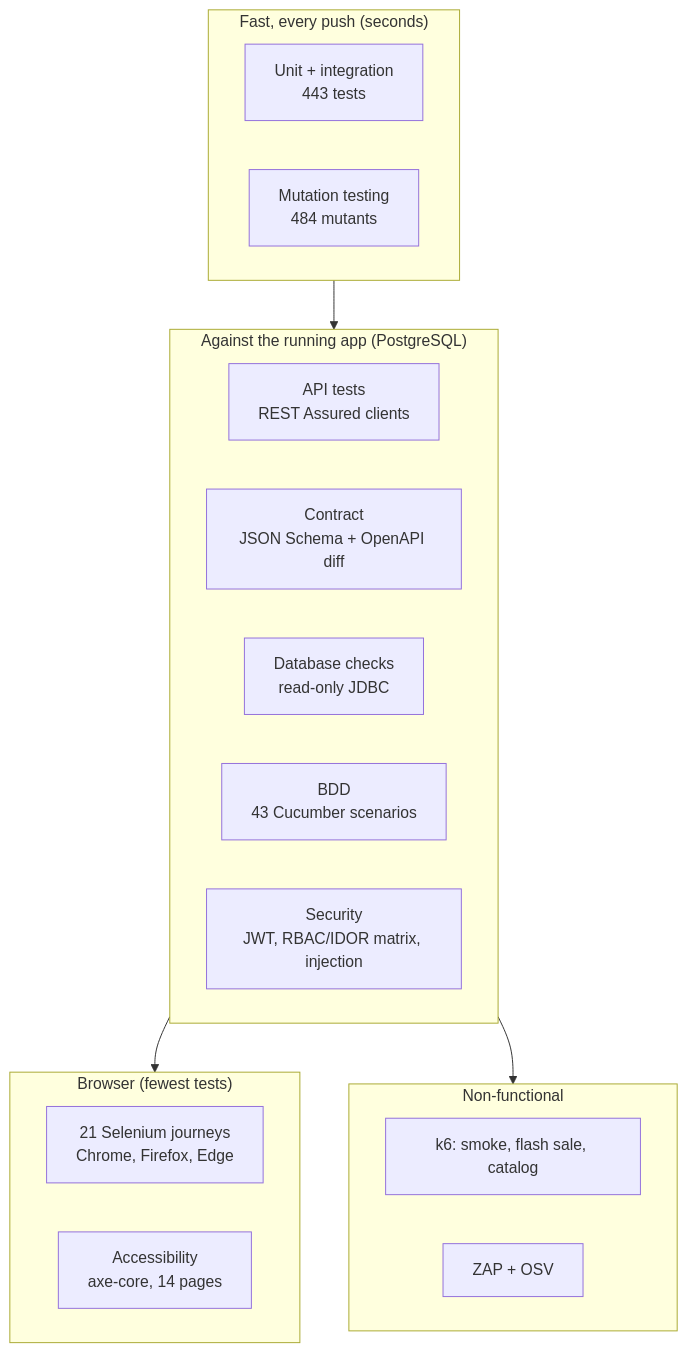
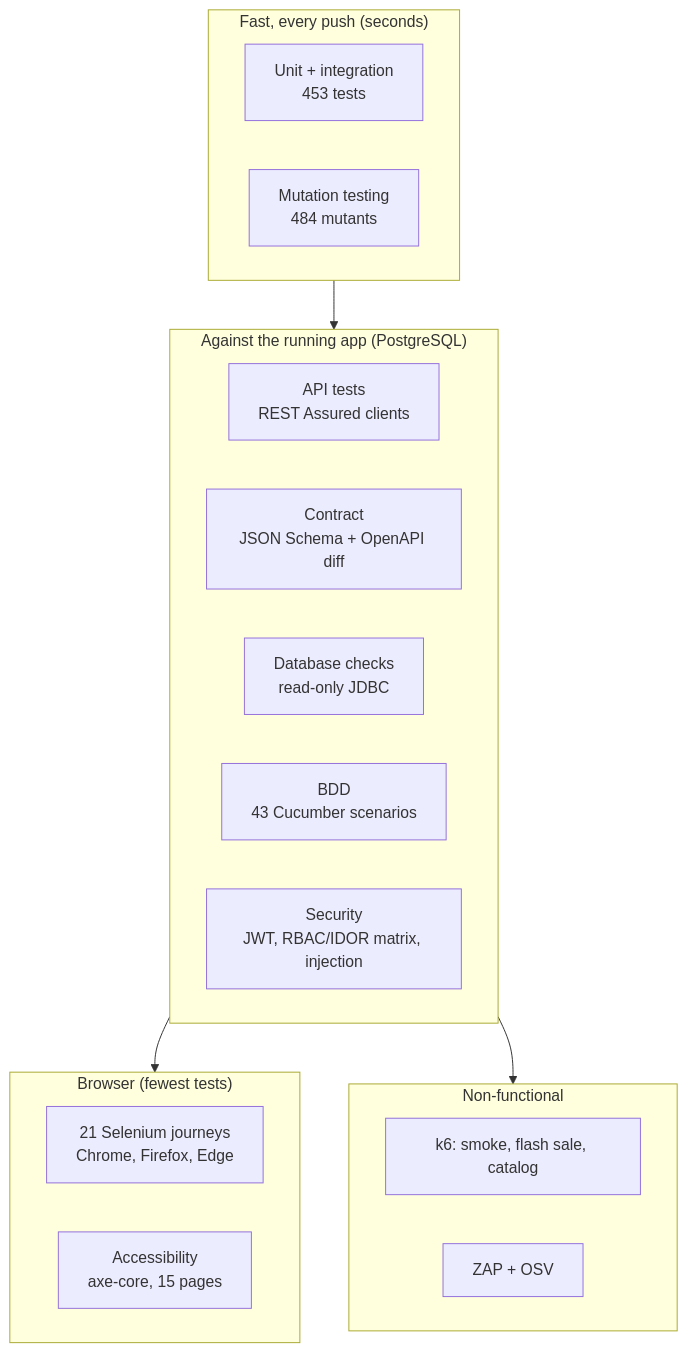
One commit to rbchy/RbcTcsWorld changed the first of 2 diagrams in README.md. Above: the diagram before and after it, drawn with Mermaid. The commit also changed other lines of this file, not shown here.

````diff
--- a/README.md
+++ b/README.md
@@ -69,24 +69,24 @@
 ```mermaid
 flowchart TB
   subgraph fast["Fast, every push (seconds)"]
-    U["Unit + integration<br/>443 tests"]
+    U["Unit + integration<br/>453 tests"]
     M["Mutation testing<br/>484 mutants"]
   end
   subgraph service["Against the running app (PostgreSQL)"]
     A["API tests<br/>REST Assured clients"]
     C["Contract<br/>JSON Schema + OpenAPI diff"]
     D["Database checks<br/>read-only JDBC"]
     B["BDD<br/>43 Cucumber scenarios"]
     S["Security<br/>JWT, RBAC/IDOR matrix, injection"]
   end
   subgraph ui["Browser (fewest tests)"]
     W["21 Selenium journeys<br/>Chrome, Firefox, Edge"]
-    X["Accessibility<br/>axe-core, 14 pages"]
+    X["Accessibility<br/>axe-core, 15 pages"]
   end
   subgraph nonfunc["Non-functional"]
     K["k6: smoke, flash sale, catalog"]
     Z["ZAP + OSV"]
   end
   fast --> service --> ui
   service --> nonfunc
 ```
````
